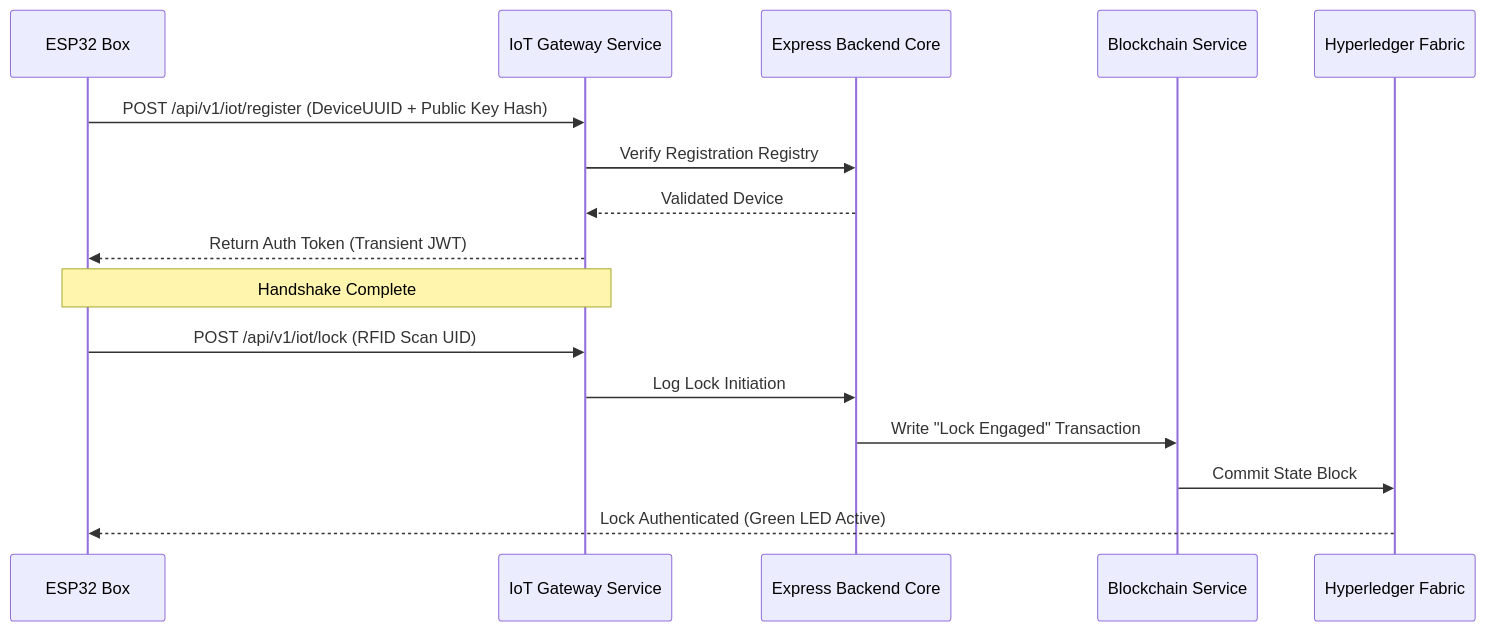
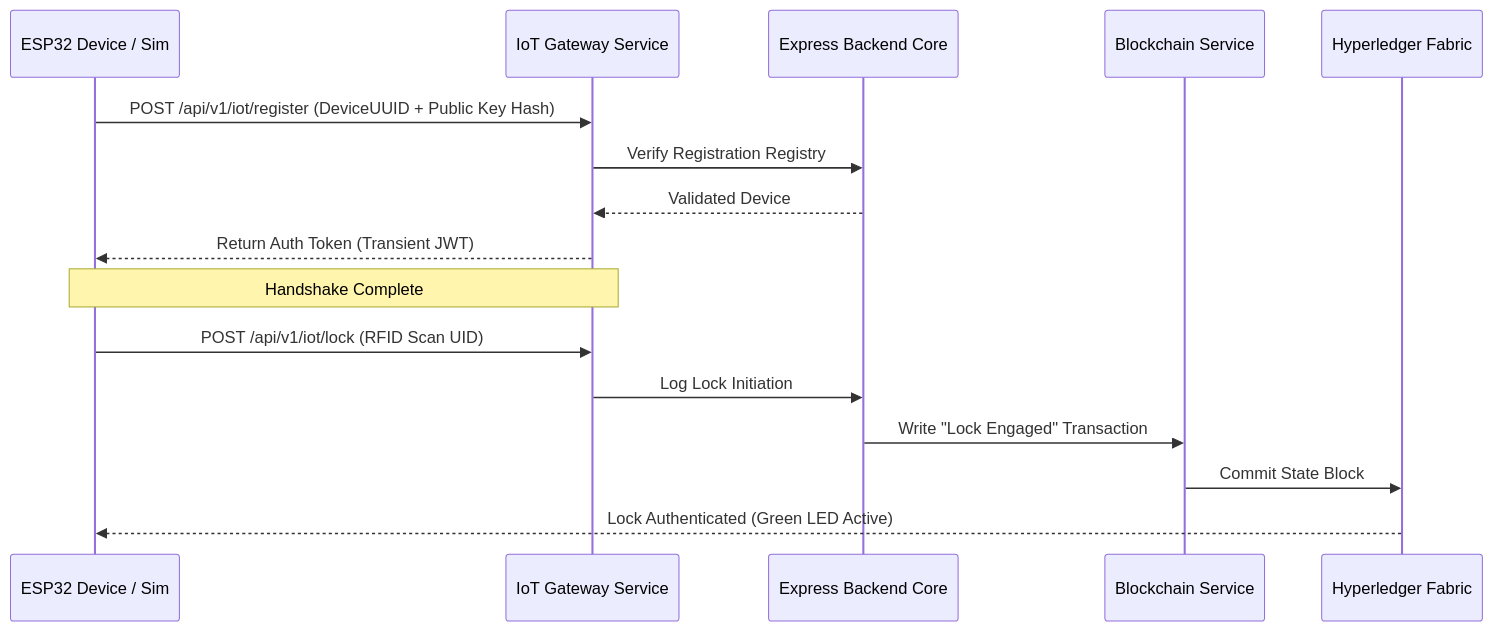
The diagram in docs/architecture/IOT_ARCHITECTURE.md (soubhagyadevchaturvedicse24-hub/V1-Organ-Transport-System), drawn with Mermaid before and after one commit. The commit also changed other lines of this file, not shown here.

Commit message:
docs: refine IOT_ARCHITECTURE.md to reflect Device Layer Digital Twin

````diff
--- a/docs/architecture/IOT_ARCHITECTURE.md
+++ b/docs/architecture/IOT_ARCHITECTURE.md
@@ -185,20 +107,20 @@
 ```mermaid
 sequenceDiagram
-    participant ESP as ESP32 Box
+    participant ESP as ESP32 Device / Sim
     participant IS as IoT Gateway Service
     participant BE as Express Backend Core
     participant BC as Blockchain Service
     participant HLF as Hyperledger Fabric
 
     ESP->>IS: POST /api/v1/iot/register (DeviceUUID + Public Key Hash)
     IS->>BE: Verify Registration Registry
     BE-->>IS: Validated Device
     IS-->>ESP: Return Auth Token (Transient JWT)
     
     Note over ESP, IS: Handshake Complete
     ESP->>IS: POST /api/v1/iot/lock (RFID Scan UID)
     IS->>BE: Log Lock Initiation
     BE->>BC: Write "Lock Engaged" Transaction
     BC->>HLF: Commit State Block
     HLF-->>ESP: Lock Authenticated (Green LED Active)
 ```
````
